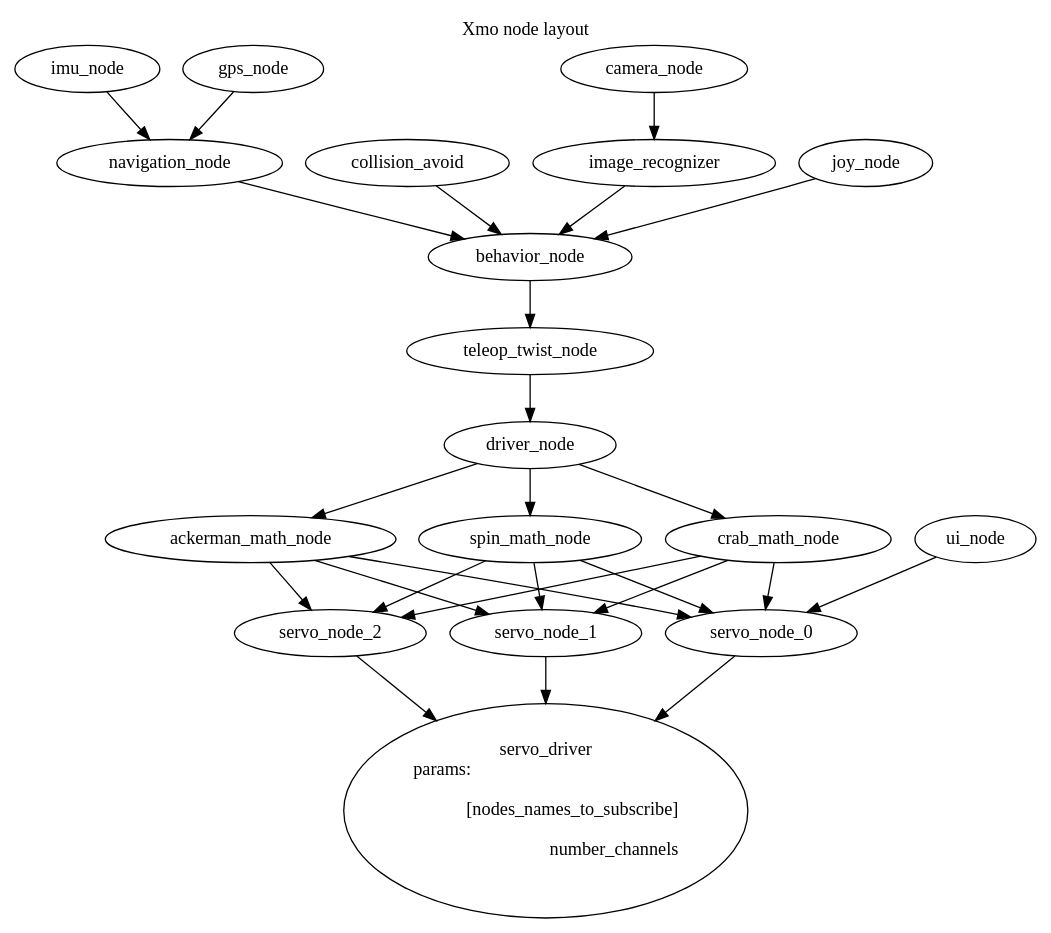
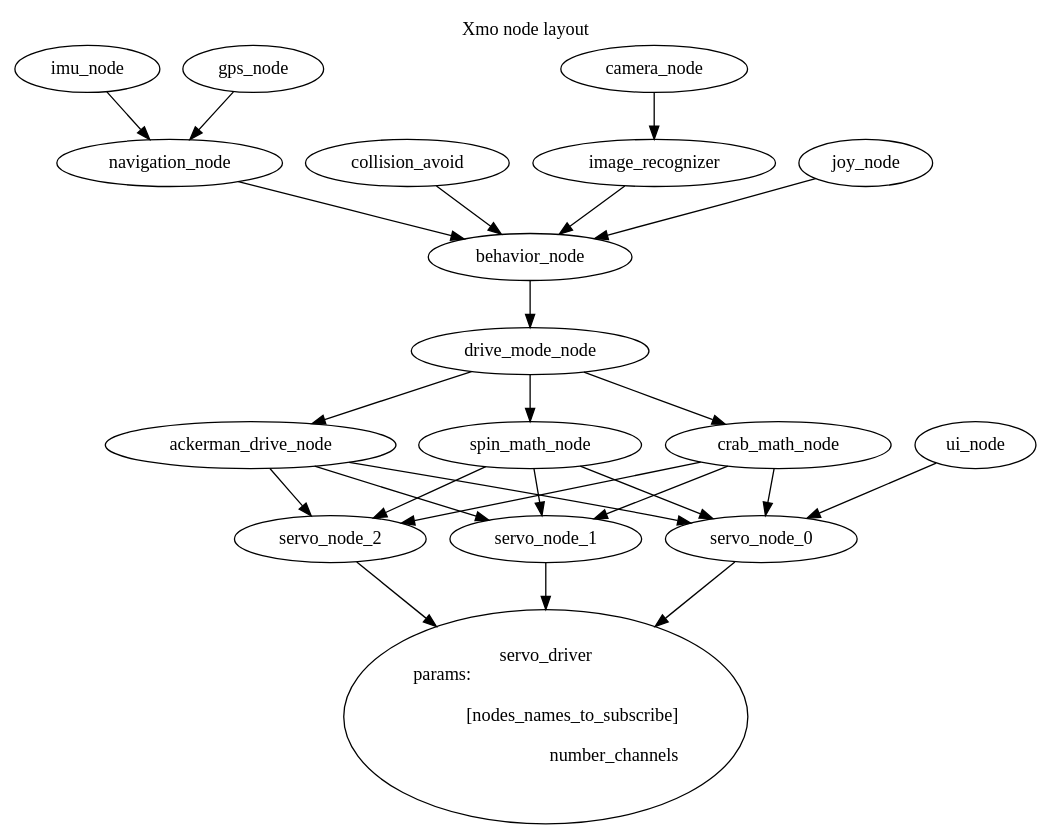
One commit to pulcher/Xmo changed the diagram in docs/node-layout.dot. Above: the diagram before and after it, drawn with Graphviz. The commit also changed 6 other files, not shown here.

```diff
--- a/docs/node-layout.dot
+++ b/docs/node-layout.dot
@@ -1,43 +1,41 @@
 digraph xmo {
     labelloc="t"
     label="Xmo node layout";
 
     gps_node -> navigation_node
     imu_node -> navigation_node
     navigation_node -> behavior_node
 
     collision_avoid -> behavior_node
     
     camera_node -> image_recognizer
 
     image_recognizer -> behavior_node
 
     joy_node -> behavior_node
 
-    behavior_node -> teleop_twist_node
+    behavior_node -> drive_mode_node
 
-    teleop_twist_node -> driver_node
+    drive_mode_node -> ackerman_drive_node
+    drive_mode_node -> spin_math_node
+    drive_mode_node -> crab_math_node
 
-    driver_node -> ackerman_math_node
-    driver_node -> spin_math_node
-    driver_node -> crab_math_node
-
-    ackerman_math_node -> servo_node_0
-    ackerman_math_node -> servo_node_1
-    ackerman_math_node -> servo_node_2
+    ackerman_drive_node -> servo_node_0
+    ackerman_drive_node -> servo_node_1
+    ackerman_drive_node -> servo_node_2
 
     spin_math_node -> servo_node_0
     spin_math_node -> servo_node_1
     spin_math_node -> servo_node_2
 
     crab_math_node -> servo_node_0
     crab_math_node -> servo_node_1
     crab_math_node -> servo_node_2
 
     servo_driver[label="servo_driver\nparams:\l\n[nodes_names_to_subscribe]\r\nnumber_channels\r\n"]
     servo_node_0 -> servo_driver
     servo_node_1 -> servo_driver
     servo_node_2 -> servo_driver
 
     ui_node -> servo_node_0
 }
```
